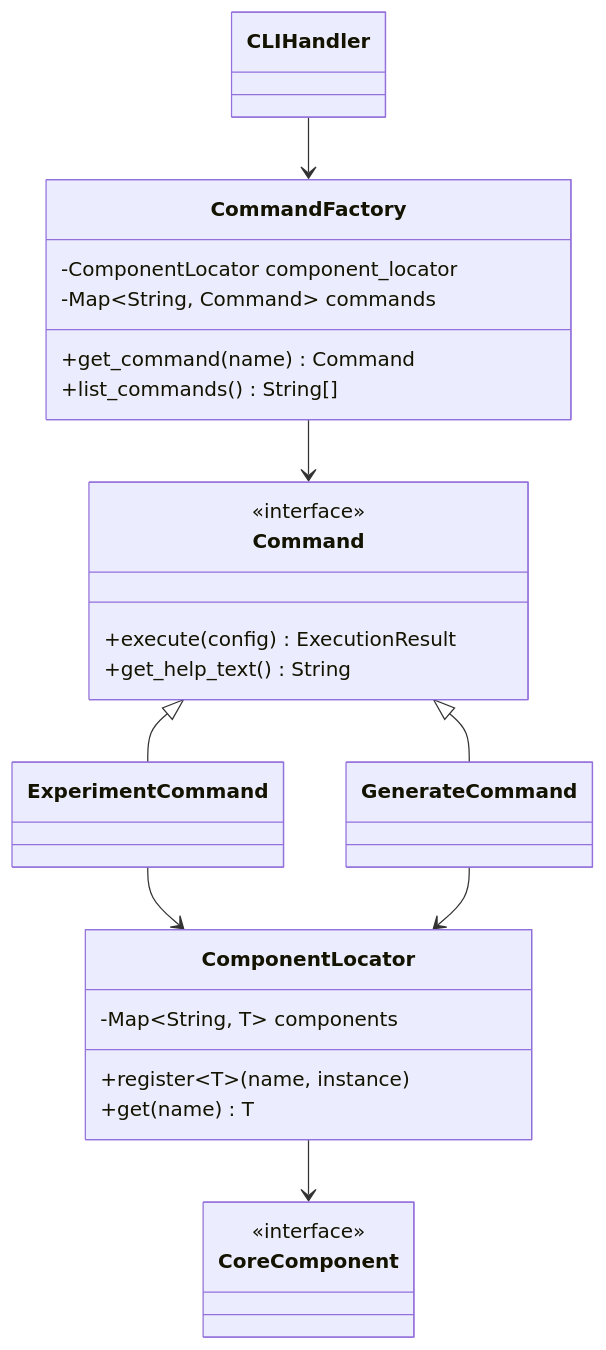
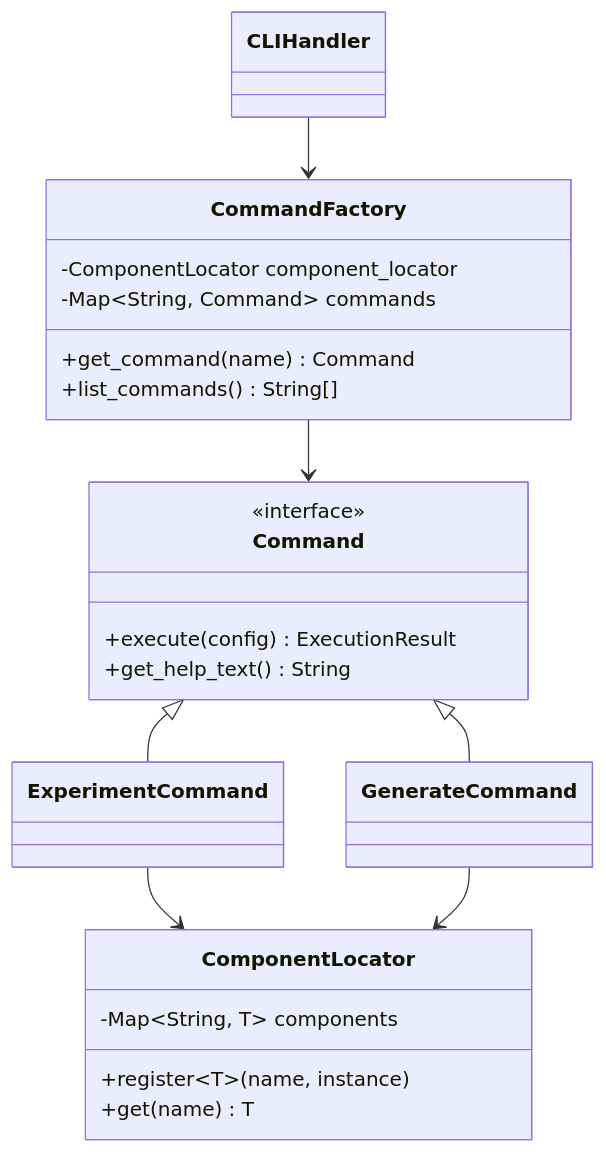
Before and after one commit to FilippoGurioli/test-2-code-llm: the fourth of 7 diagrams in docs/design.md, drawn with Mermaid. The commit also changed other lines of this file and 1 other file, not shown here.

````diff
--- a/docs/design.md
+++ b/docs/design.md
@@ -137,37 +135,32 @@
 ```mermaid
 classDiagram
     class CommandFactory {
         -ComponentLocator component_locator
         -Map~String, Command~ commands
         +get_command(name) Command
         +list_commands() String[]
     }
     
     class Command {
         <<interface>>
         +execute(config) ExecutionResult
         +get_help_text() String
     }
     
     class GenerateCommand {}
     
     class ExperimentCommand {}
 
     class ComponentLocator {
         -Map~String, T~ components
         +register~T~(name, instance)
         +get(name) T
     }
 
-    class CoreComponent {
-        <<interface>>
-    }
-
     CLIHandler --> CommandFactory
     CommandFactory --> Command
     Command <|-- GenerateCommand
     Command <|-- ExperimentCommand
     ExperimentCommand --> ComponentLocator
     GenerateCommand --> ComponentLocator
-    ComponentLocator --> CoreComponent
 ```
````
